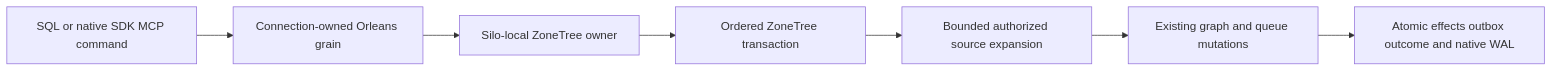
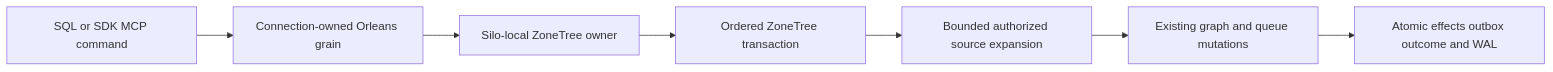
Before and after one commit to managedcode/KeyLoad: the first of 2 diagrams in docs/ADR/ADR-067-composable-agent-database.md, drawn with Mermaid. The commit also changed other lines of this file and 9016 other files, not shown here.

````diff
--- a/docs/ADR/ADR-067-composable-agent-database.md
+++ b/docs/ADR/ADR-067-composable-agent-database.md
@@ -24,9 +24,9 @@
 ```mermaid
 flowchart LR
-    SQL[SQL or native SDK MCP command] --> Actor[Connection-owned Orleans grain]
+    SQL[SQL or SDK MCP command] --> Actor[Connection-owned Orleans grain]
     Actor --> Host[Silo-local ZoneTree owner]
     Host --> Tx[Ordered ZoneTree transaction]
     Tx --> Plan[Bounded authorized source expansion]
     Plan --> Effects[Existing graph and queue mutations]
-    Effects --> Commit[Atomic effects outbox outcome and native WAL]
+    Effects --> Commit[Atomic effects outbox outcome and WAL]
 ```
````
